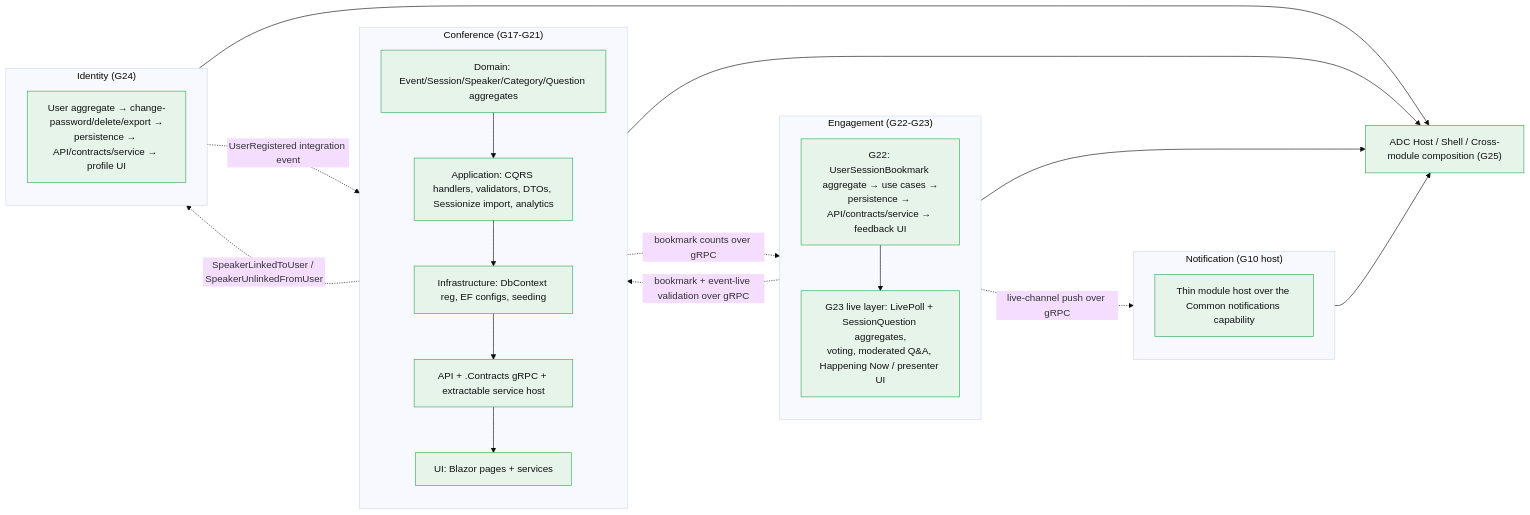
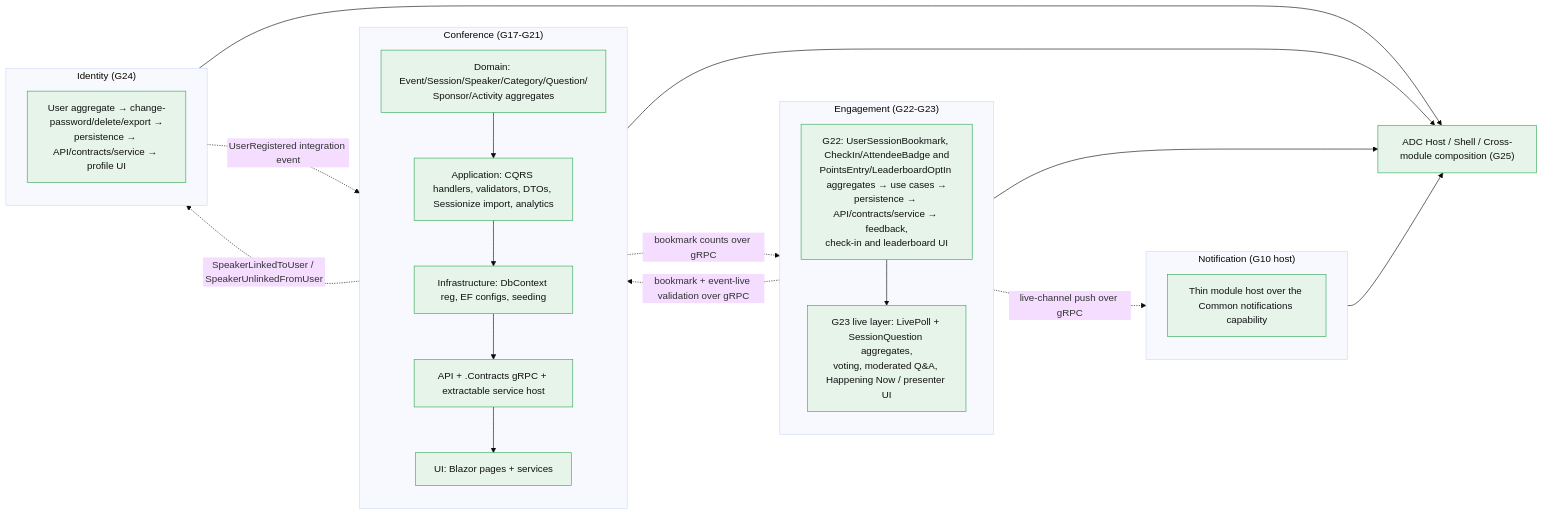
One commit to ivanball/ivanball.github.io changed diagram 12 of 15 in docs-src/onboarding/CONCEPT-MAPS.md. Above: the diagram before and after it, drawn with Mermaid (base theme). The commit also changed other lines of this file and 79 other files, not shown here.

````diff
--- a/docs-src/onboarding/CONCEPT-MAPS.md
+++ b/docs-src/onboarding/CONCEPT-MAPS.md
@@ -628,45 +653,45 @@
 ```mermaid
 flowchart LR
     subgraph CONF["Conference (G17-G21)"]
         direction TB
-        C_D["Domain: Event/Session/Speaker/Category/Question aggregates"]
+        C_D["Domain: Event/Session/Speaker/Category/Question/<br/>Sponsor/Activity aggregates"]
         C_A["Application: CQRS handlers, validators, DTOs, Sessionize import, analytics"]
         C_I["Infrastructure: DbContext reg, EF configs, seeding"]
         C_P["API + .Contracts gRPC + extractable service host"]
         C_U["UI: Blazor pages + services"]
         C_D --> C_A --> C_I --> C_P --> C_U
     end
 
     subgraph ENG["Engagement (G22-G23)"]
         direction TB
-        E["G22: UserSessionBookmark aggregate → use cases →<br/>persistence → API/contracts/service → feedback UI"]
+        E["G22: UserSessionBookmark, CheckIn/AttendeeBadge and<br/>PointsEntry/LeaderboardOptIn aggregates → use cases →<br/>persistence → API/contracts/service → feedback,<br/>check-in and leaderboard UI"]
         EL["G23 live layer: LivePoll + SessionQuestion aggregates,<br/>voting, moderated Q&amp;A, Happening Now / presenter UI"]
         E --> EL
     end
 
     subgraph IDN["Identity (G24)"]
         direction TB
         I["User aggregate → change-password/delete/export →<br/>persistence → API/contracts/service → profile UI"]
     end
 
     subgraph NOT["Notification (G10 host)"]
         direction TB
         N["Thin module host over the Common notifications capability"]
     end
 
     HOST["ADC Host / Shell / Cross-module composition (G25)"]
 
     CONF --> HOST
     ENG --> HOST
     IDN --> HOST
     NOT --> HOST
 
     IDN -.->|"UserRegistered integration event"| CONF
     CONF -.->|"SpeakerLinkedToUser / SpeakerUnlinkedFromUser"| IDN
     ENG -.->|"bookmark + event-live validation over gRPC"| CONF
     CONF -.->|"bookmark counts over gRPC"| ENG
     ENG -.->|"live-channel push over gRPC"| NOT
 
     classDef adc fill:#e6f4ea,stroke:#34a853,color:#111
     class C_D,C_A,C_I,C_P,C_U,E,EL,I,N,HOST adc
 ```
````
